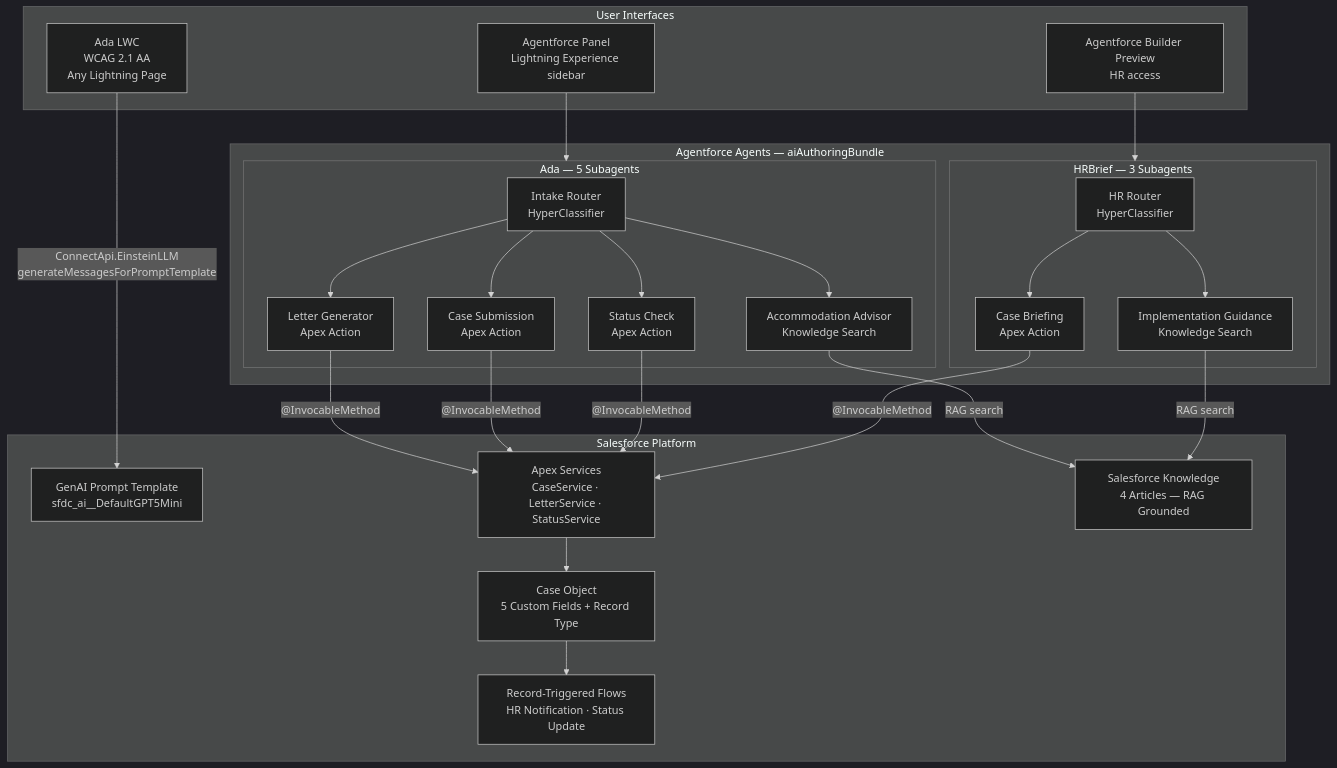
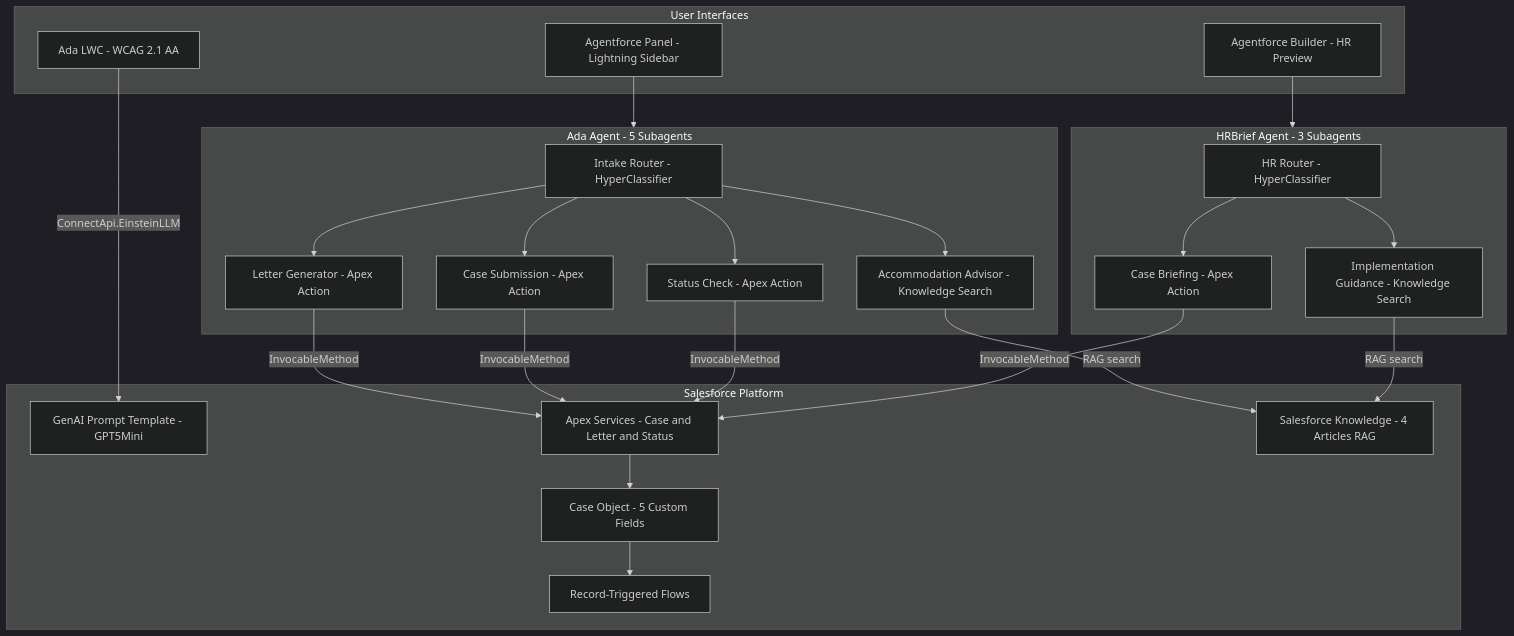
Before and after one commit to robinparfan-hub/df26-agentforce-advocate: the second of 2 diagrams in README.md, drawn with Mermaid (dark theme). The commit also changed other lines of this file, not shown here.

Commit message:
Fix Mermaid diagrams for GitHub rendering

````diff
--- a/README.md
+++ b/README.md
@@ -34,43 +34,48 @@
 ```mermaid
 flowchart TD
-    subgraph UI["User Interfaces"]
-        LWC["Ada LWC\nWCAG 2.1 AA\nAny Lightning Page"]
-        AP["Agentforce Panel\nLightning Experience sidebar"]
-        BP["Agentforce Builder Preview\nHR access"]
+    subgraph UI[User Interfaces]
+        LWC[Ada LWC - WCAG 2.1 AA]
+        AP[Agentforce Panel - Lightning Sidebar]
+        BP[Agentforce Builder - HR Preview]
     end
 
-    subgraph Agents["Agentforce Agents — aiAuthoringBundle"]
-        subgraph AdaAgent["Ada — 5 Subagents"]
-            AR["Intake Router\nHyperClassifier"]
-            AA["Accommodation Advisor\nKnowledge Search"]
-            AL["Letter Generator\nApex Action"]
-            AC["Case Submission\nApex Action"]
-            AS["Status Check\nApex Action"]
-        end
-        subgraph HRAgent["HRBrief — 3 Subagents"]
-            HR2["HR Router\nHyperClassifier"]
-            HB["Case Briefing\nApex Action"]
-            HG["Implementation Guidance\nKnowledge Search"]
-        end
+    subgraph Ada[Ada Agent - 5 Subagents]
+        AR[Intake Router - HyperClassifier]
+        AA[Accommodation Advisor - Knowledge Search]
+        AL[Letter Generator - Apex Action]
+        AC[Case Submission - Apex Action]
+        AS[Status Check - Apex Action]
     end
 
-    subgraph Platform["Salesforce Platform"]
-        PT["GenAI Prompt Template\nsfdc_ai__DefaultGPT5Mini"]
-        CLS["Apex Services\nCaseService · LetterService · StatusService"]
-        FLW["Record-Triggered Flows\nHR Notification · Status Update"]
-        OBJ["Case Object\n5 Custom Fields + Record Type"]
-        KNW["Salesforce Knowledge\n4 Articles — RAG Grounded"]
+    subgraph HRBrief[HRBrief Agent - 3 Subagents]
+        HR2[HR Router - HyperClassifier]
+        HB[Case Briefing - Apex Action]
+        HG[Implementation Guidance - Knowledge Search]
     end
 
-    LWC -->|"ConnectApi.EinsteinLLM\ngenerateMessagesForPromptTemplate"| PT
-    AP --> AdaAgent
-    BP --> HRAgent
-    AR --> AA & AL & AC & AS
+    subgraph Platform[Salesforce Platform]
+        PT[GenAI Prompt Template - GPT5Mini]
+        CLS[Apex Services - Case and Letter and Status]
+        FLW[Record-Triggered Flows]
+        OBJ[Case Object - 5 Custom Fields]
+        KNW[Salesforce Knowledge - 4 Articles RAG]
+    end
+
+    LWC -->|ConnectApi.EinsteinLLM| PT
+    AP --> Ada
+    BP --> HRBrief
+    AR --> AA
+    AR --> AL
+    AR --> AC
+    AR --> AS
     AA -->|RAG search| KNW
-    AL & AC & AS -->|"@InvocableMethod"| CLS
+    AL -->|InvocableMethod| CLS
+    AC -->|InvocableMethod| CLS
+    AS -->|InvocableMethod| CLS
     CLS --> OBJ
     OBJ --> FLW
-    HR2 --> HB & HG
-    HB -->|"@InvocableMethod"| CLS
+    HR2 --> HB
+    HR2 --> HG
+    HB -->|InvocableMethod| CLS
     HG -->|RAG search| KNW
 ```
````
